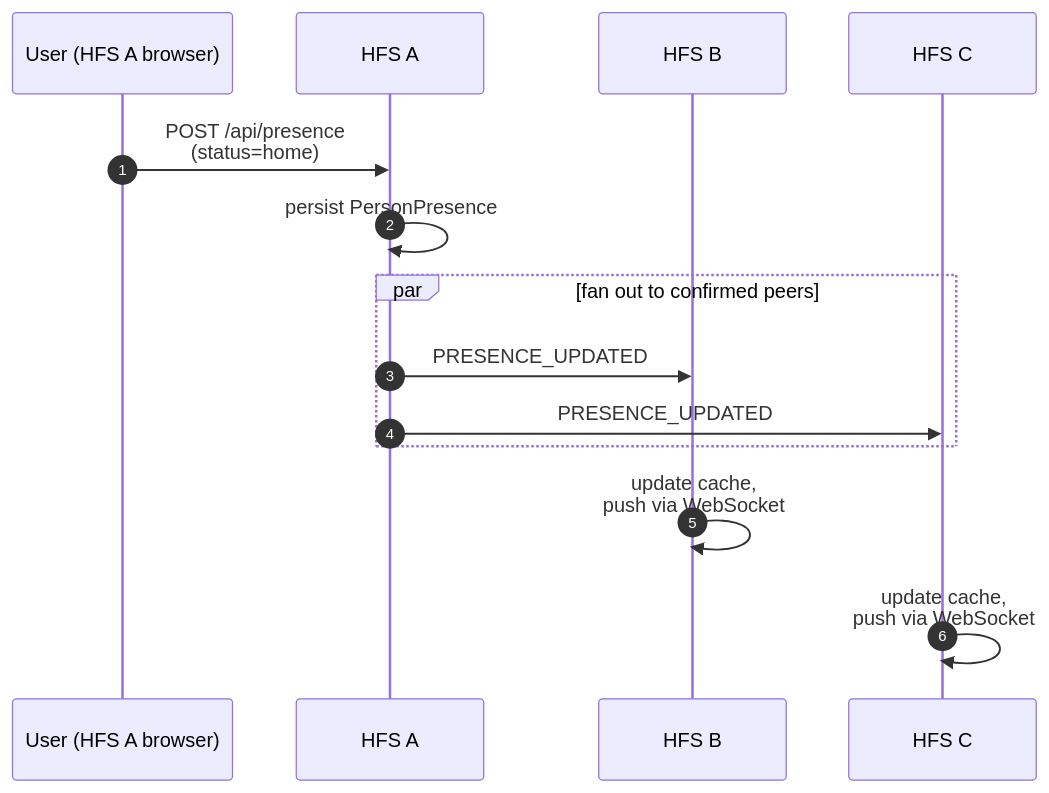
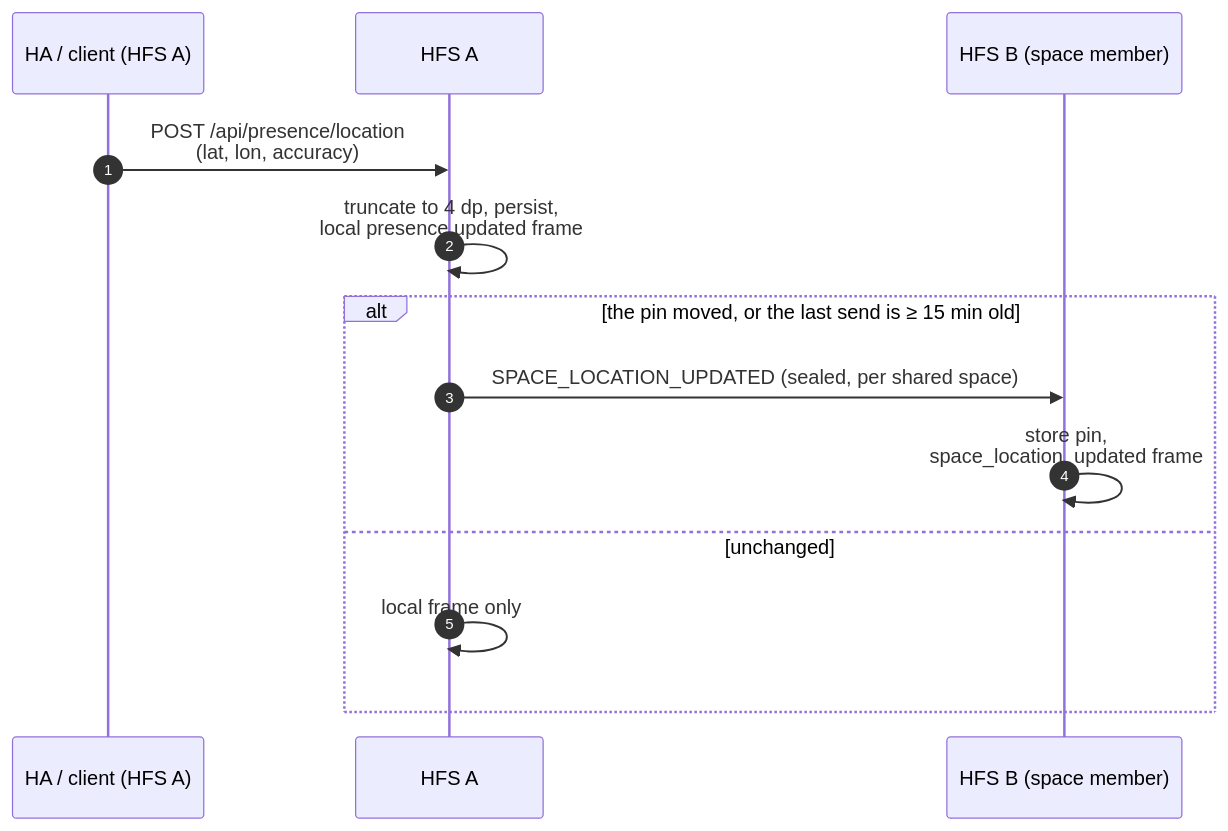
The diagram in docs/protocol/presence.md (social-home-io/socialhome), drawn with Mermaid before and after one commit. The commit also changed other lines of this file and 2 other files, not shown here.

First line of the commit message:
Space map: an unchanged pin is not re-sent to member households

````diff
--- a/docs/protocol/presence.md
+++ b/docs/protocol/presence.md
@@ -21,16 +27,15 @@
 ```mermaid
 sequenceDiagram
     autonumber
-    participant U as User (HFS A browser)
+    participant HA as HA / client (HFS A)
     participant A as HFS A
-    participant B as HFS B
-    participant C as HFS C
-    U->>A: POST /api/presence<br/>(status=home)
-    A->>A: persist PersonPresence
-    par fan out to confirmed peers
-        A->>B: PRESENCE_UPDATED
-        A->>C: PRESENCE_UPDATED
+    participant B as HFS B (space member)
+    HA->>A: POST /api/presence/location<br/>(lat, lon, accuracy)
+    A->>A: truncate to 4 dp, persist,<br/>local presence.updated frame
+    alt the pin moved, or the last send is ≥ 15 min old
+        A->>B: SPACE_LOCATION_UPDATED (sealed, per shared space)
+        B->>B: store pin,<br/>space_location_updated frame
+    else unchanged
+        A->>A: local frame only
     end
-    B->>B: update cache,<br/>push via WebSocket
-    C->>C: update cache,<br/>push via WebSocket
 ```
````
